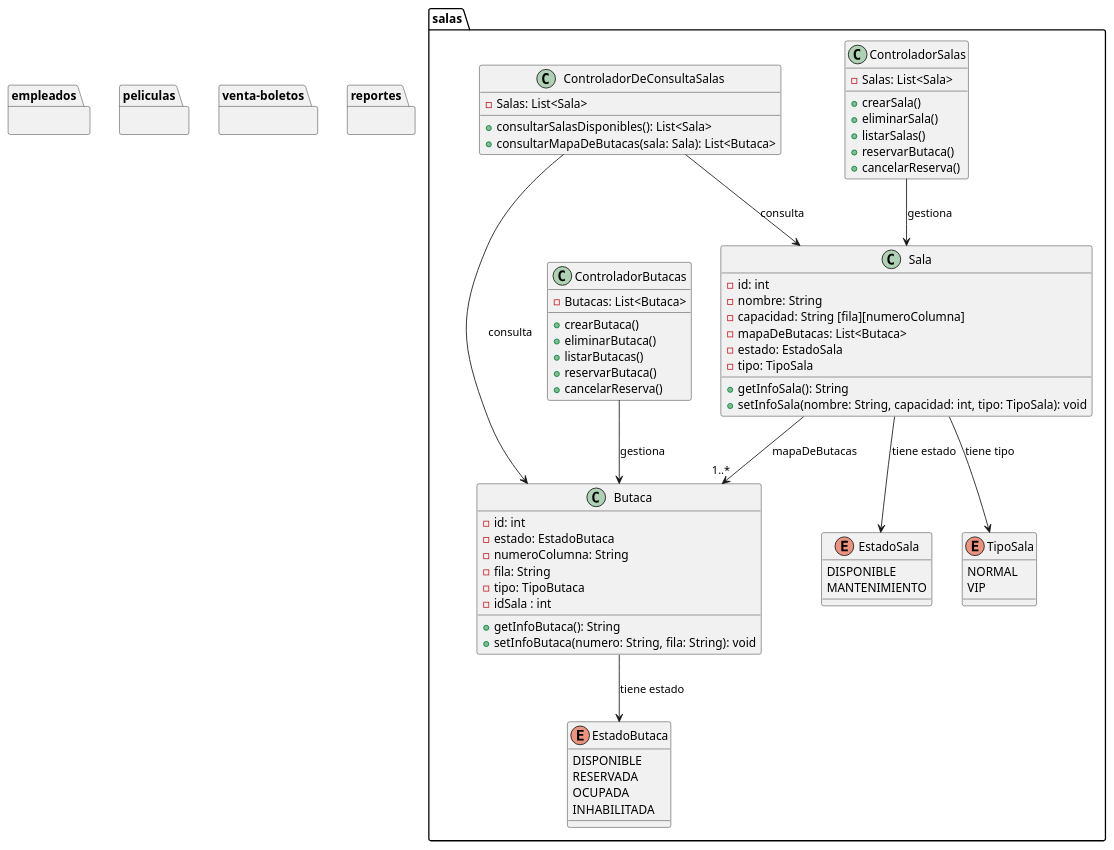
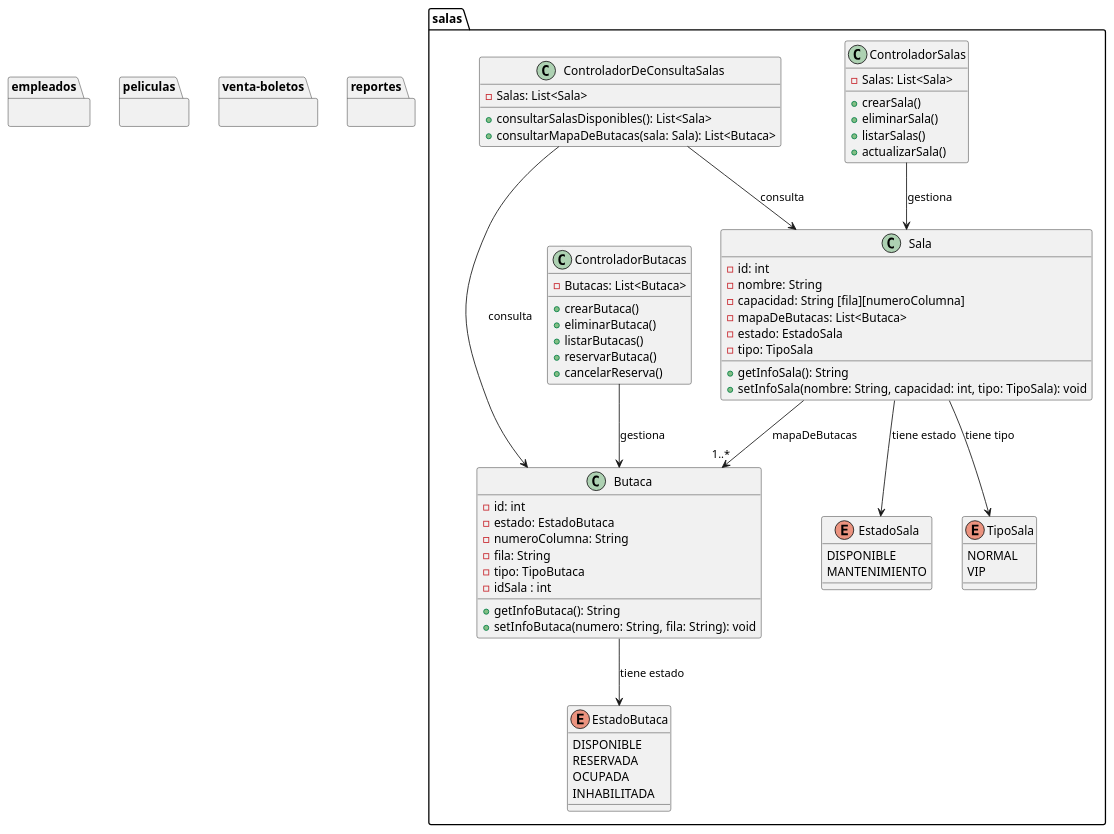
Before and after one commit to CineMax-Diseno-De-Software-GR3SW/CineMax: the diagram in out/production/CineMax/Documentacion/Diagramas/General_DiagramaDeClases.plantuml, drawn with PlantUML. The commit also changed 1 other file, not shown here.

Commit message:
Modificacion Diagrama de Clases

```diff
--- a/out/production/CineMax/Documentacion/Diagramas/General_DiagramaDeClases.plantuml
+++ b/out/production/CineMax/Documentacion/Diagramas/General_DiagramaDeClases.plantuml
@@ -1,104 +1,103 @@
 @startuml General_DiagramaDeClases
 
 package empleados {
 
 }
 
 
 package peliculas {
 
 }
 
 package salas {
 ' Enumeraciones
     enum EstadoSala {
         DISPONIBLE
         MANTENIMIENTO
     }
 
     enum TipoSala {
         NORMAL
         VIP
     }
 
     enum EstadoButaca {
         DISPONIBLE
         RESERVADA
         OCUPADA
         INHABILITADA
     }
 
 
 
     ' Clases principales
     class Sala {
         - id: int
         - nombre: String
         - capacidad: String [fila][numeroColumna]
         - mapaDeButacas: List<Butaca>
         - estado: EstadoSala
         - tipo: TipoSala
         + getInfoSala(): String
         + setInfoSala(nombre: String, capacidad: int, tipo: TipoSala): void
     }
 
     class Butaca {
         - id: int
         - estado: EstadoButaca
         - numeroColumna: String
         - fila: String
         - tipo: TipoButaca
         - idSala : int
         + getInfoButaca(): String
         + setInfoButaca(numero: String, fila: String): void
     }
 
     ' Controladores
     class ControladorSalas {
         - Salas: List<Sala>
         + crearSala()
         + eliminarSala()
         + listarSalas()
-        + reservarButaca()
-        + cancelarReserva()
+        +actualizarSala()
     }
 
     class ControladorButacas {
         - Butacas: List<Butaca>
         + crearButaca()
         + eliminarButaca()
         + listarButacas()
         + reservarButaca()
         + cancelarReserva()
     }
 
     class ControladorDeConsultaSalas {
         - Salas: List<Sala>
         + consultarSalasDisponibles(): List<Sala>
         + consultarMapaDeButacas(sala: Sala): List<Butaca>
     }
 
 
     ' Relaciones
 
     ControladorSalas --> Sala : gestiona
     ControladorButacas --> Butaca : gestiona
     ControladorDeConsultaSalas --> Sala : consulta
     ControladorDeConsultaSalas --> Butaca : consulta
 
     Sala --> EstadoSala : tiene estado
     Sala --> TipoSala : tiene tipo
     Sala --> "1..*" Butaca : mapaDeButacas
 
     Butaca --> EstadoButaca : tiene estado
 }
 
 package venta-boletos {
 
 }
 
 package reportes {
 
 }
 
 @enduml
```
